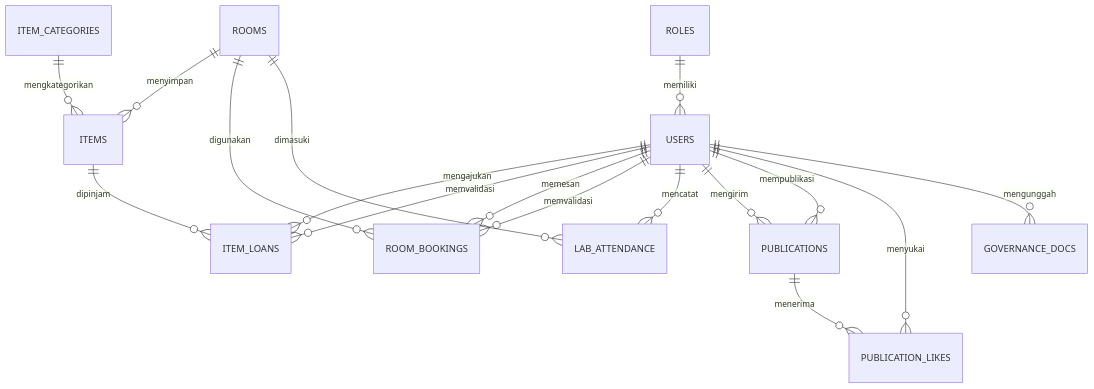
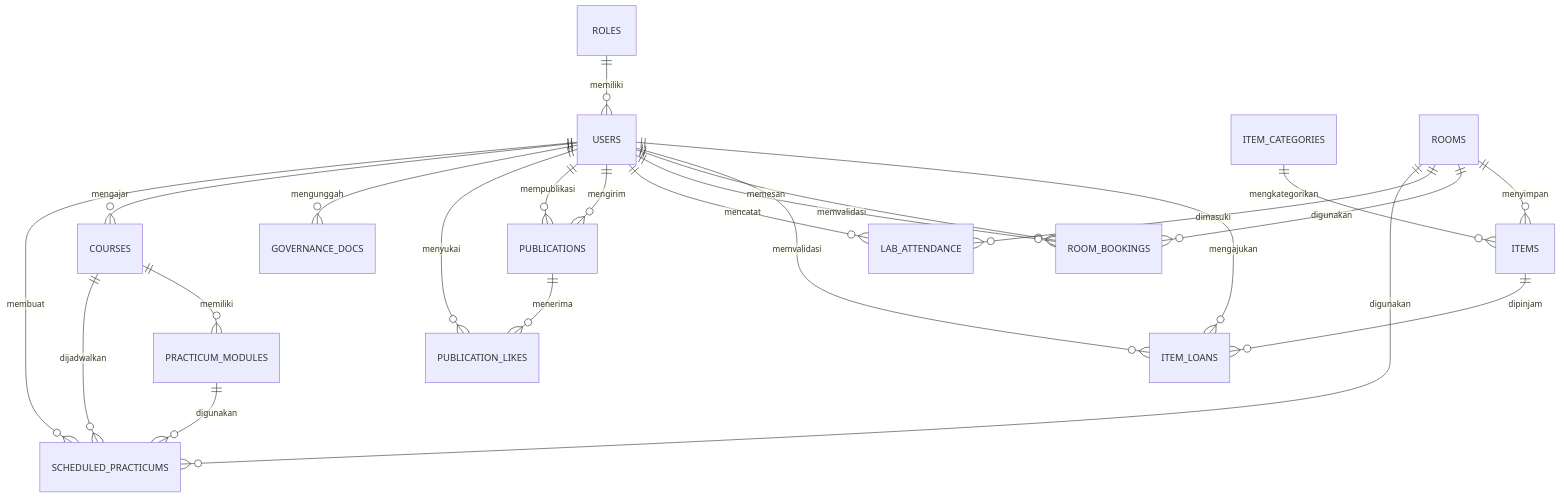
Before and after one commit to akhdanyafi/lab_uai_from_asyraf: the first of 18 diagrams in docs/backend/BACKEND.md, drawn with Mermaid. The commit also changed other lines of this file and 1 other file, not shown here.

````diff
--- a/docs/backend/BACKEND.md
+++ b/docs/backend/BACKEND.md
@@ -8,21 +8,28 @@
 ```mermaid
 erDiagram
     ROLES ||--o{ USERS : "memiliki"
     USERS ||--o{ ITEM_LOANS : "mengajukan"
     USERS ||--o{ ITEM_LOANS : "memvalidasi"
     USERS ||--o{ ROOM_BOOKINGS : "memesan"
     USERS ||--o{ ROOM_BOOKINGS : "memvalidasi"
     USERS ||--o{ LAB_ATTENDANCE : "mencatat"
     USERS ||--o{ PUBLICATIONS : "mengirim"
     USERS ||--o{ PUBLICATIONS : "mempublikasi"
     USERS ||--o{ PUBLICATION_LIKES : "menyukai"
     USERS ||--o{ GOVERNANCE_DOCS : "mengunggah"
+    USERS ||--o{ COURSES : "mengajar"
+    USERS ||--o{ SCHEDULED_PRACTICUMS : "membuat"
     
     ITEM_CATEGORIES ||--o{ ITEMS : "mengkategorikan"
     ROOMS ||--o{ ITEMS : "menyimpan"
     ROOMS ||--o{ ROOM_BOOKINGS : "digunakan"
     ROOMS ||--o{ LAB_ATTENDANCE : "dimasuki"
+    ROOMS ||--o{ SCHEDULED_PRACTICUMS : "digunakan"
     
     ITEMS ||--o{ ITEM_LOANS : "dipinjam"
     PUBLICATIONS ||--o{ PUBLICATION_LIKES : "menerima"
+    
+    COURSES ||--o{ PRACTICUM_MODULES : "memiliki"
+    COURSES ||--o{ SCHEDULED_PRACTICUMS : "dijadwalkan"
+    PRACTICUM_MODULES ||--o{ SCHEDULED_PRACTICUMS : "digunakan"
 ```
````
